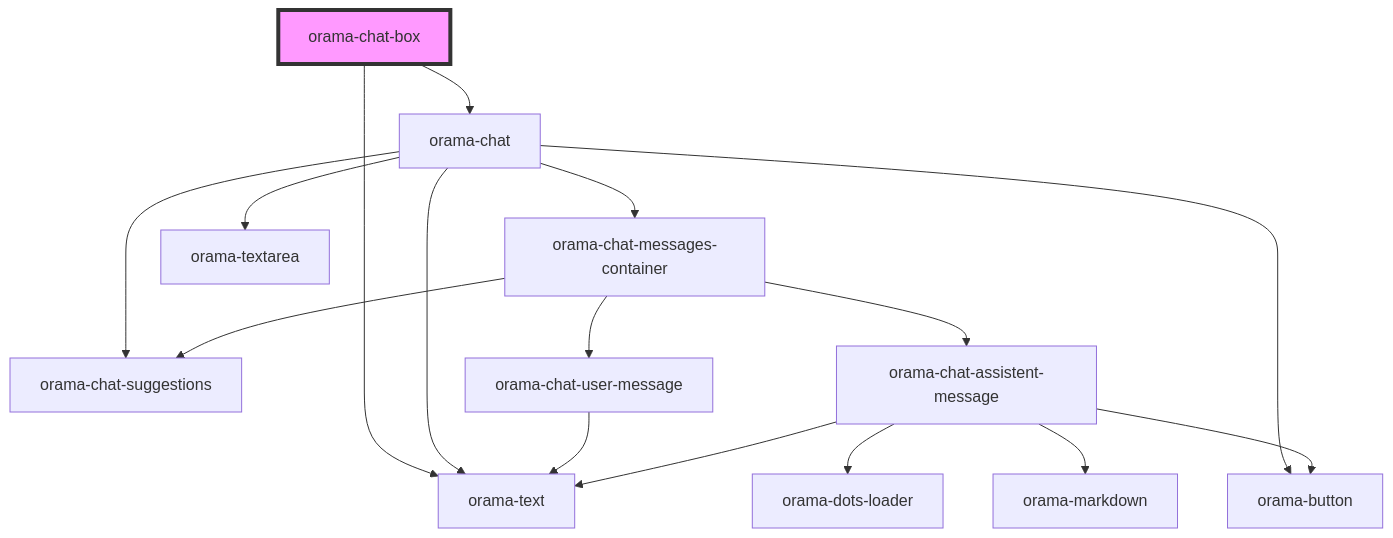
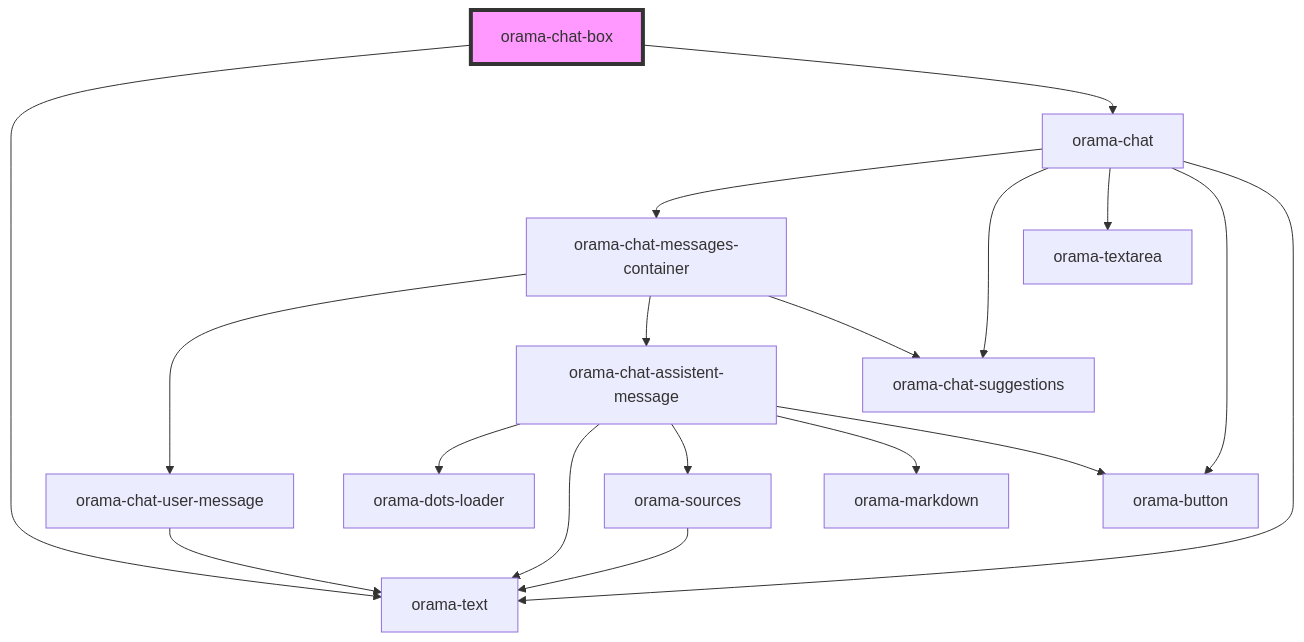
One commit to askorama/orama-ui-components changed the diagram in packages/ui-stencil/src/components/orama-chat-box/readme.md. Above: the diagram before and after it, drawn with Mermaid. The commit also changed 15 other files, not shown here.

````diff
--- a/packages/ui-stencil/src/components/orama-chat-box/readme.md
+++ b/packages/ui-stencil/src/components/orama-chat-box/readme.md
@@ -28,19 +28,21 @@
 ```mermaid
 graph TD;
   orama-chat-box --> orama-text
   orama-chat-box --> orama-chat
   orama-chat --> orama-chat-messages-container
   orama-chat --> orama-chat-suggestions
   orama-chat --> orama-textarea
   orama-chat --> orama-button
   orama-chat --> orama-text
   orama-chat-messages-container --> orama-chat-user-message
   orama-chat-messages-container --> orama-chat-assistent-message
   orama-chat-messages-container --> orama-chat-suggestions
   orama-chat-user-message --> orama-text
   orama-chat-assistent-message --> orama-dots-loader
   orama-chat-assistent-message --> orama-text
+  orama-chat-assistent-message --> orama-sources
   orama-chat-assistent-message --> orama-markdown
   orama-chat-assistent-message --> orama-button
+  orama-sources --> orama-text
   style orama-chat-box fill:#f9f,stroke:#333,stroke-width:4px
 ```
````
